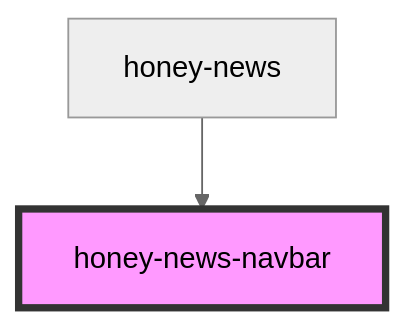
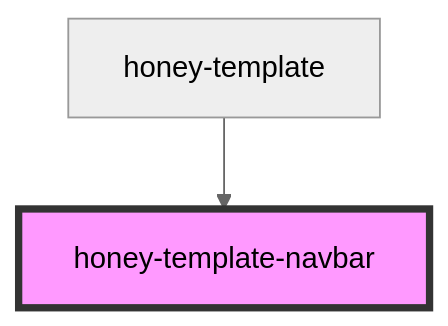
One commit to Huluvu424242/honey-template changed the diagram in src/components/honey-news/snippets/readme.md. Above: the diagram before and after it, drawn with Mermaid (neutral theme). The commit also changed other lines of this file and 46 other files, not shown here.

````diff
--- a/src/components/honey-news/snippets/readme.md
+++ b/src/components/honey-news/snippets/readme.md
@@ -15,5 +15,5 @@
 ```mermaid
 graph TD;
-  honey-news --> honey-news-navbar
-  style honey-news-navbar fill:#f9f,stroke:#333,stroke-width:4px
+  honey-template --> honey-template-navbar
+  style honey-template-navbar fill:#f9f,stroke:#333,stroke-width:4px
 ```
````
